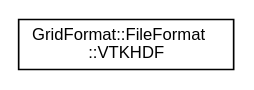
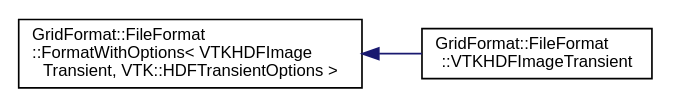
Before and after one commit to dglaeser/gridformat: the diagram in inherit_graph_16.dot, drawn with Graphviz. The commit also changed 368 other files, not shown here.

```diff
--- a/inherit_graph_16.dot
+++ b/inherit_graph_16.dot
@@ -1,8 +1,10 @@
 digraph "Graphical Class Hierarchy"
 {
  // LATEX_PDF_SIZE
   edge [fontname="Helvetica",fontsize="10",labelfontname="Helvetica",labelfontsize="10"];
   node [fontname="Helvetica",fontsize="10",shape=record];
   rankdir="LR";
-  Node0 [label="GridFormat::FileFormat\l::VTKHDF",height=0.2,width=0.4,color="black", fillcolor="white", style="filled",URL="$structGridFormat_1_1FileFormat_1_1VTKHDF.html",tooltip="Selector for the vtk-hdf file format with automatic deduction of the flavour. If the grid for which a..."];
+  Node0 [label="GridFormat::FileFormat\l::FormatWithOptions\< VTKHDFImage\lTransient, VTK::HDFTransientOptions \>",height=0.2,width=0.4,color="black", fillcolor="white", style="filled",URL="$structGridFormat_1_1FileFormat_1_1FormatWithOptions.html",tooltip=" "];
+  Node0 -> Node1 [dir="back",color="midnightblue",fontsize="10",style="solid",fontname="Helvetica"];
+  Node1 [label="GridFormat::FileFormat\l::VTKHDFImageTransient",height=0.2,width=0.4,color="black", fillcolor="white", style="filled",URL="$structGridFormat_1_1FileFormat_1_1VTKHDFImageTransient.html",tooltip="Transient variant of the vtk-hdf image data format."];
 }
```
